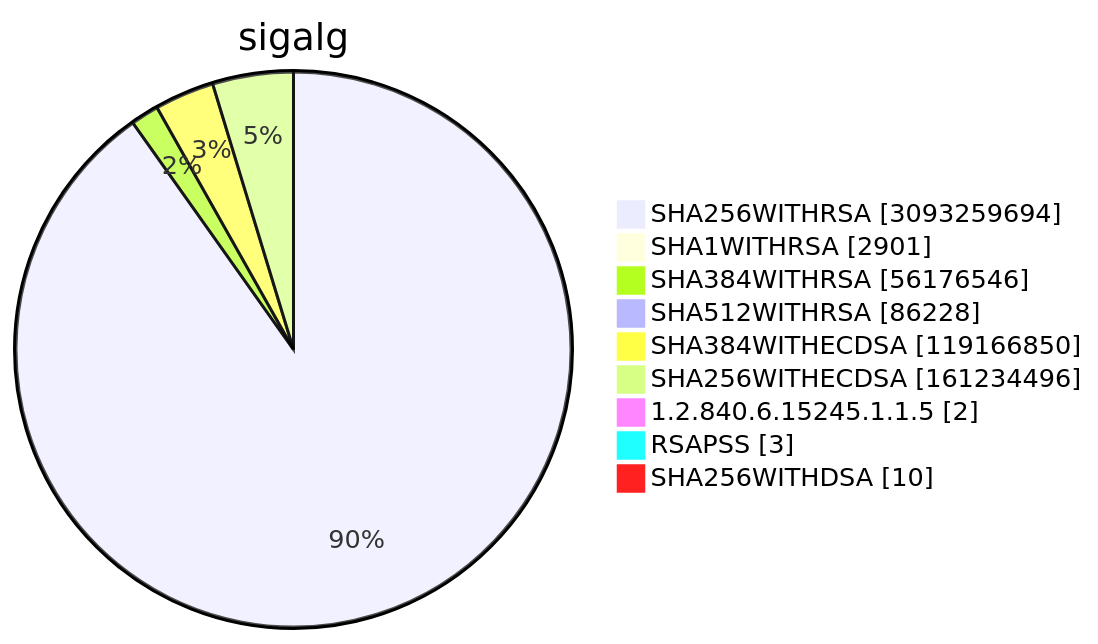
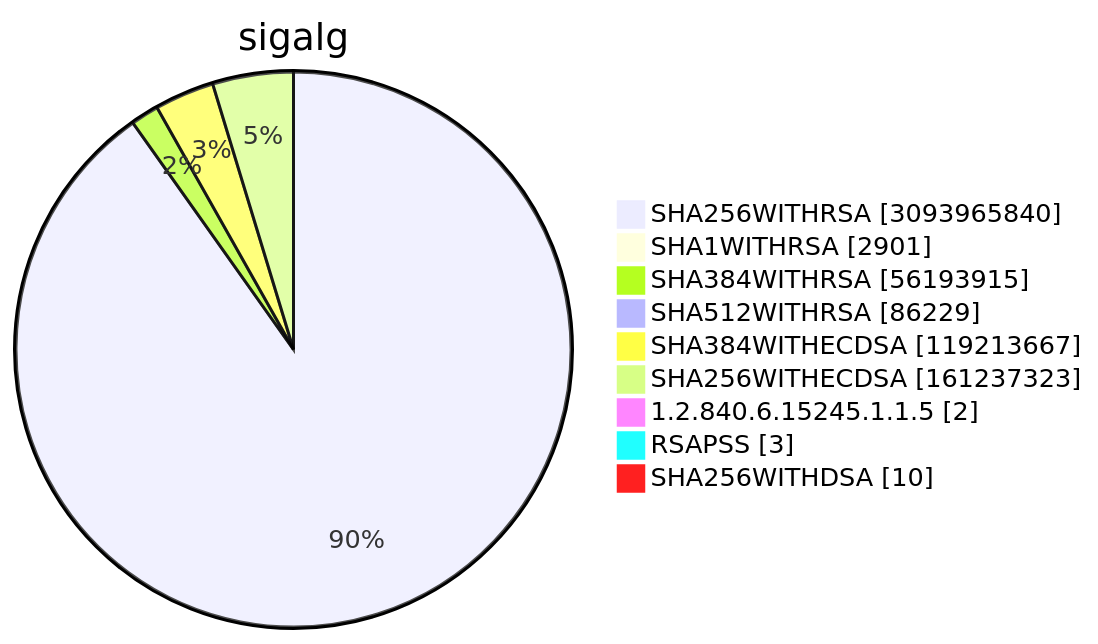
Before and after one commit to christiankrug/ctmonitor_visualization: diagram 15 of 15 in TOTAL/README.md, drawn with Mermaid. The commit also changed other lines of this file, not shown here.

````diff
--- a/TOTAL/README.md
+++ b/TOTAL/README.md
@@ -6211,13 +6211,13 @@
 ```mermaid
 pie showData
 title sigalg
-"SHA256WITHRSA" :3093259694
+"SHA256WITHRSA" :3093965840
 "SHA1WITHRSA" :2901
-"SHA384WITHRSA" :56176546
-"SHA512WITHRSA" :86228
-"SHA384WITHECDSA" :119166850
-"SHA256WITHECDSA" :161234496
+"SHA384WITHRSA" :56193915
+"SHA512WITHRSA" :86229
+"SHA384WITHECDSA" :119213667
+"SHA256WITHECDSA" :161237323
 "1.2.840.6.15245.1.1.5" :2
 "RSAPSS" :3
 "SHA256WITHDSA" :10
 ```
````
